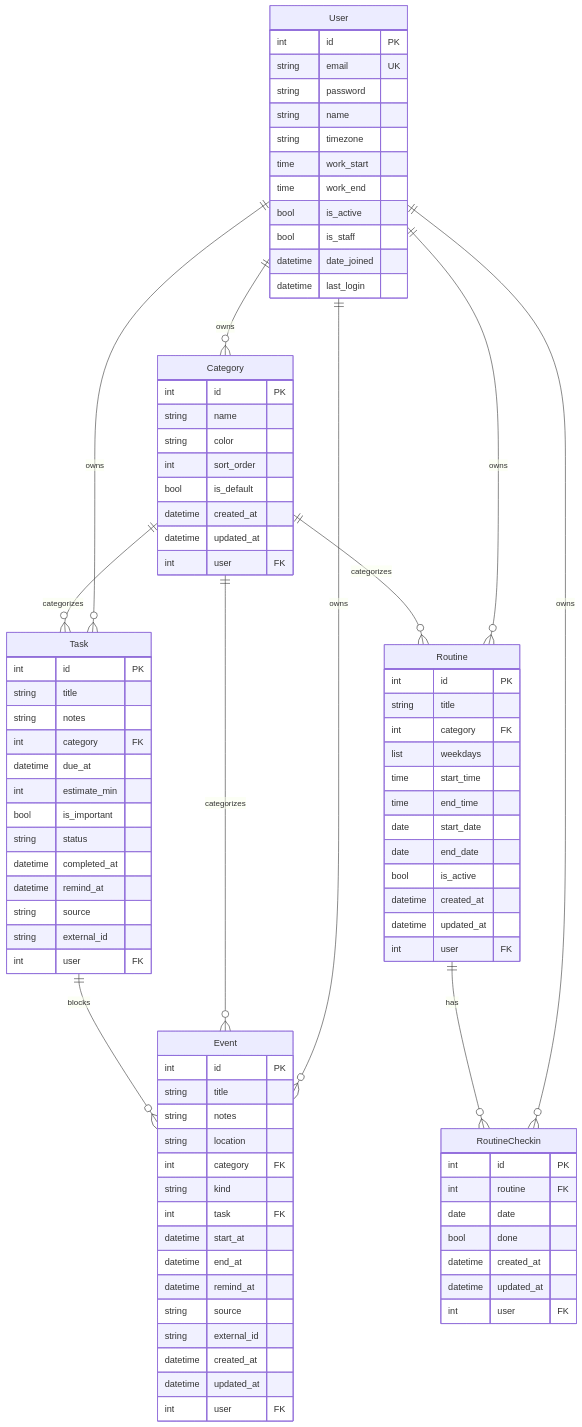
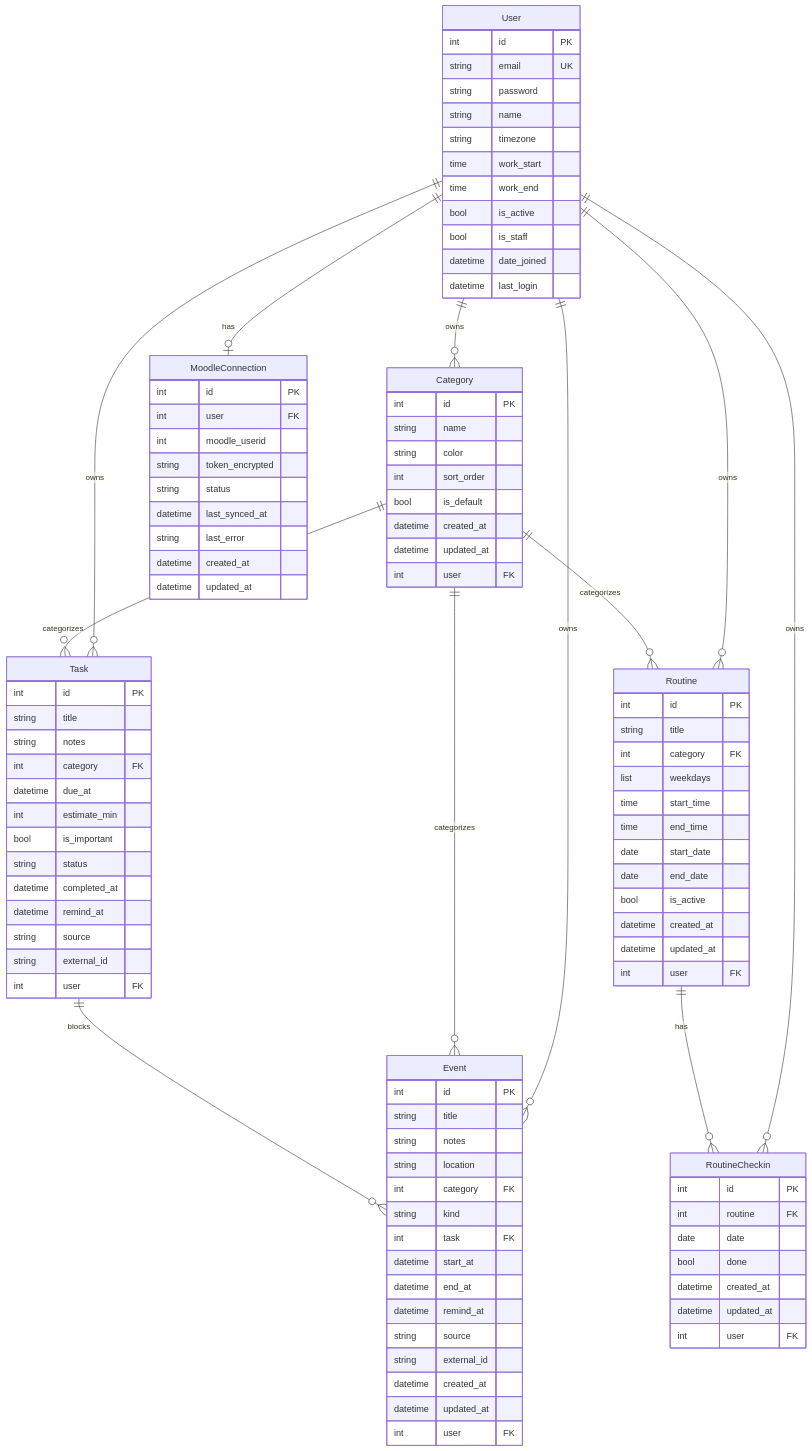
Before and after one commit to rudra-chaudhari/Calibre: the second of 3 diagrams in Calibre_backend/docs/ARCHITECTURE.md, drawn with Mermaid. The commit also changed other lines of this file and 10 other files, not shown here.

````diff
--- a/Calibre_backend/docs/ARCHITECTURE.md
+++ b/Calibre_backend/docs/ARCHITECTURE.md
@@ -375,4 +377,18 @@
     Category ||--o{ Event : categorizes
     Category ||--o{ Routine : categorizes
     Task ||--o{ Event : blocks
+
+    MoodleConnection {
+        int id PK
+        int user FK
+        int moodle_userid
+        string token_encrypted
+        string status
+        datetime last_synced_at
+        string last_error
+        datetime created_at
+        datetime updated_at
+    }
+
+    User ||--o| MoodleConnection : has
 ```
````
